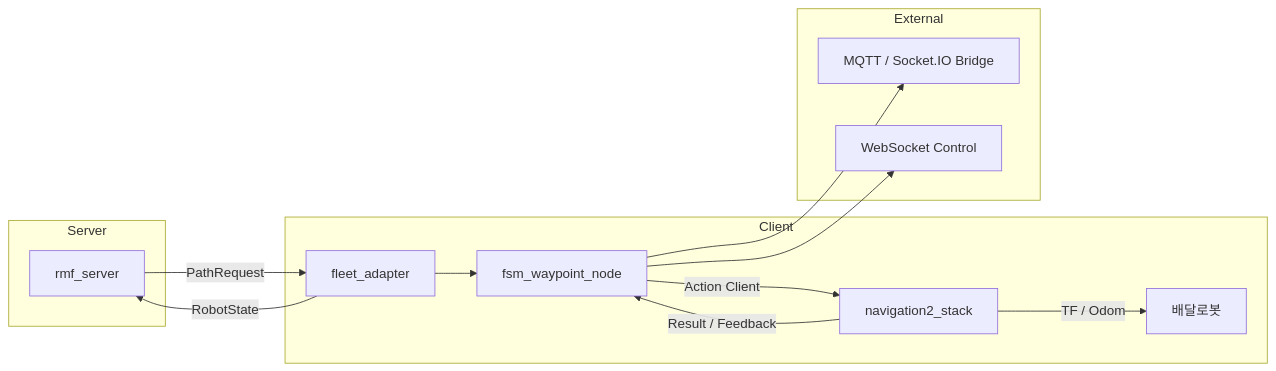
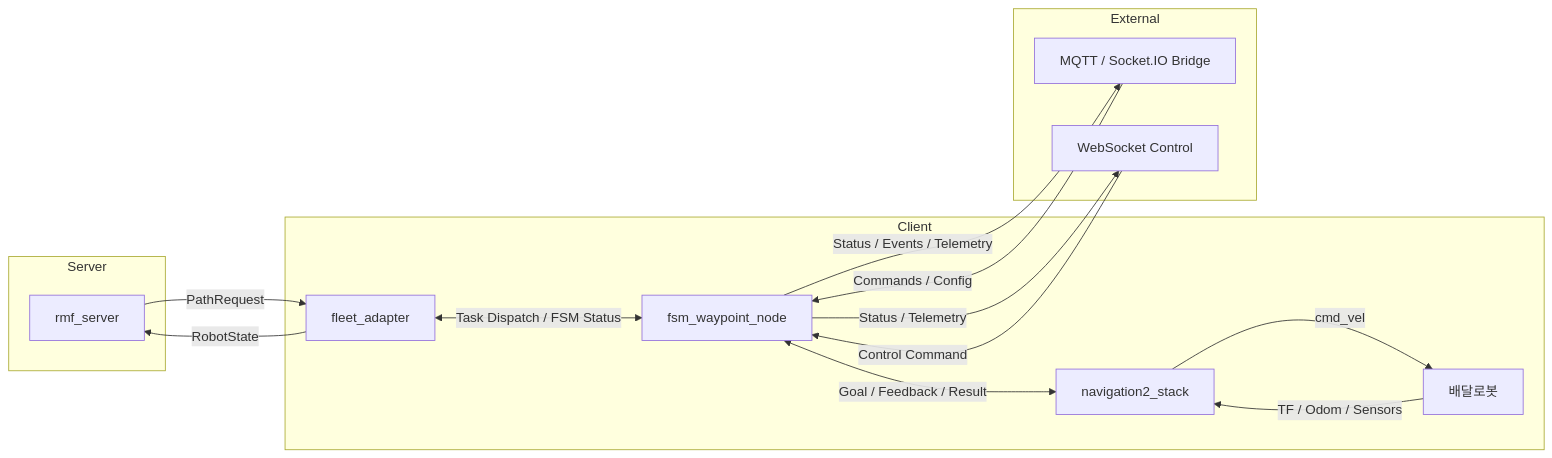
One commit to DeveloperKSH/Open-RMF_DeliveryRobot changed the diagram in README.md. Above: the diagram before and after it, drawn with Mermaid.

Commit message:
md file update

````diff
--- a/README.md
+++ b/README.md
@@ -51,27 +51,42 @@
 ```mermaid
 flowchart LR
-  subgraph Server
-    RMF_Server["rmf_server"]
+  %% ==== Subgraphs ====
+  subgraph S[Server]
+    rmf_server[rmf_server]
   end
 
-  subgraph Client
-    Fleet_Adapter["fleet_adapter"]
-    FSM["fsm_waypoint_node"]
-    Nav2["navigation2_stack"]
-    Robot["배달로봇"]
+  subgraph C[Client]
+    fleet_adapter[fleet_adapter]
+    fsm[fsm_waypoint_node]
+    nav2[navigation2_stack]
+    robot[배달로봇]
   end
 
-  subgraph External
-    Bridges["MQTT / Socket.IO Bridge"]
-    Cognito["WebSocket Control"]
+  subgraph E[External]
+    bridge[MQTT / Socket.IO Bridge]
+    ws[WebSocket Control]
   end
 
-  RMF_Server -- PathRequest --> Fleet_Adapter
-  Fleet_Adapter --> FSM
-  FSM -->|Action Client| Nav2
-  Nav2 -->|TF / Odom| Robot
-  Nav2 -->|Result / Feedback| FSM
-  Fleet_Adapter -->|RobotState| RMF_Server
-  FSM --> Bridges
-  FSM --> Cognito  
+  %% ==== Server <-> Client (Adapter) ====
+  rmf_server -->|PathRequest| fleet_adapter
+  fleet_adapter -->|RobotState| rmf_server
+
+  %% ==== Adapter <-> FSM ====
+  fleet_adapter <-->|Task Dispatch / FSM Status| fsm
+
+  %% ==== FSM <-> Nav2 (ROS 2 Action) ====
+  fsm <-->|Goal / Feedback / Result| nav2
+
+  %% ==== Nav2 <-> Robot (저수준 제어/센서) ====
+  nav2 -->|cmd_vel| robot
+  robot -->|TF / Odom / Sensors| nav2
+
+  %% ==== FSM <-> External ====
+  %% WebSocket
+  ws -->|Control Command| fsm
+  fsm -->|Status / Telemetry| ws
+
+  %% MQTT / Socket.IO Bridge
+  bridge -->|Commands / Config| fsm
+  fsm -->|Status / Events / Telemetry| bridge
 ```
````
